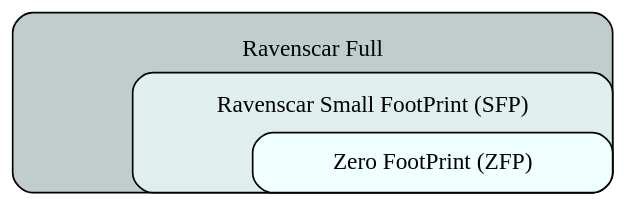
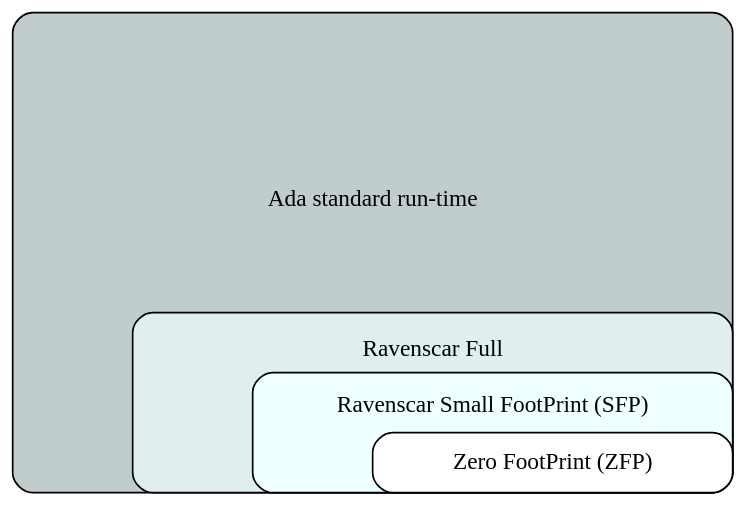
Before and after one commit to Fabien-Chouteau/talks: the diagram in diagrams/bb_runtimes.dot, drawn with Graphviz. The commit also changed 4 other files, not shown here.

```diff
--- a/diagrams/bb_runtimes.dot
+++ b/diagrams/bb_runtimes.dot
@@ -1,9 +1,10 @@
 digraph {
     bgcolor=transparent
     layout=neato
 
     node  [shape=box, style="rounded,filled", color=black]
-    FULL  [fillcolor="azure3", pos="-3,0.75!",  label="Ravenscar Full\n\n\n\n\n", width=5, height=1.5];
-    SPU   [fillcolor="azure2", pos="-2.5,0.5!", label="Ravenscar Small FootPrint (SFP)\n\n\n", width=4, height=1];
-    ZFP   [fillcolor="azure1", pos="-2,0.25!",  label="Zero FootPrint (ZFP)", width=3, height=0.5];
+    Ada   [fillcolor="azure3", pos="-3.5,2!",  label="Ada standard run-time\n\n\n\n\n", width=6, height=4];
+    FULL  [fillcolor="azure2", pos="-3,0.75!",  label="Ravenscar Full\n\n\n\n\n", width=5, height=1.5];
+    SPU   [fillcolor="azure1", pos="-2.5,0.5!", label="Ravenscar Small FootPrint (SFP)\n\n\n", width=4, height=1];
+    ZFP   [fillcolor="white", pos="-2,0.25!",  label="Zero FootPrint (ZFP)", width=3, height=0.5];
 }
```
